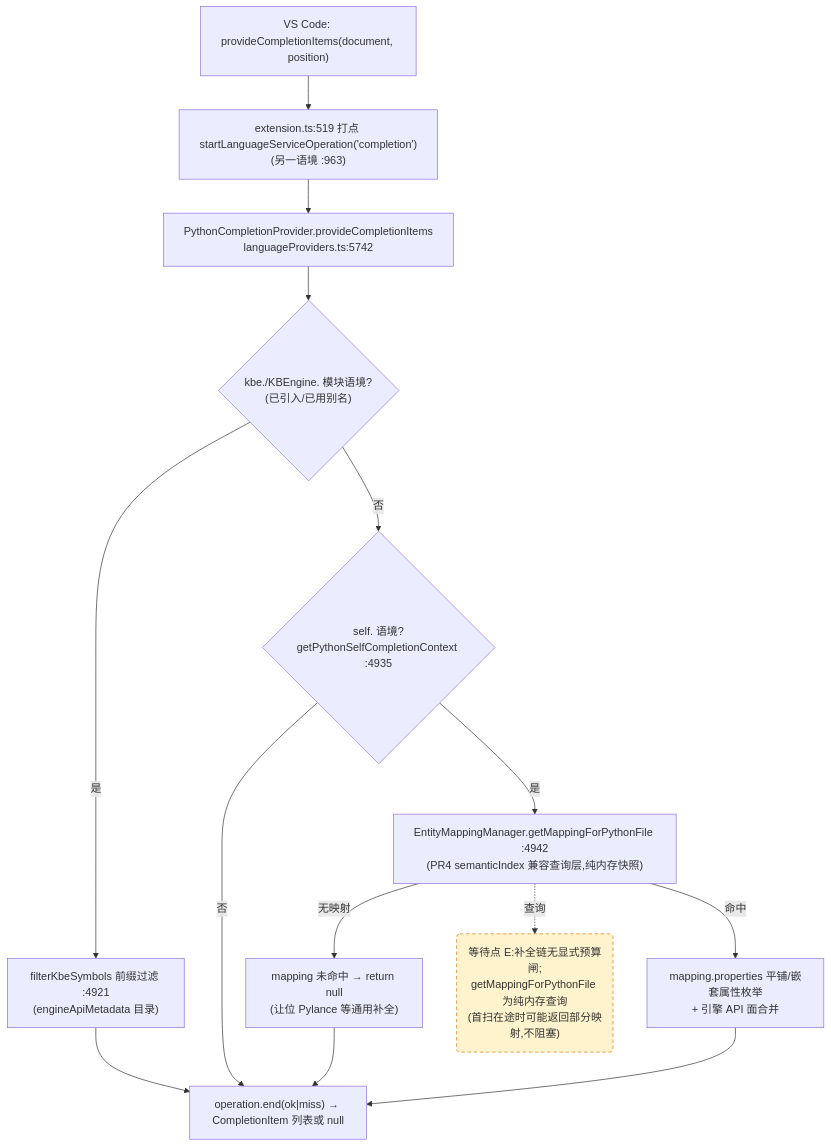
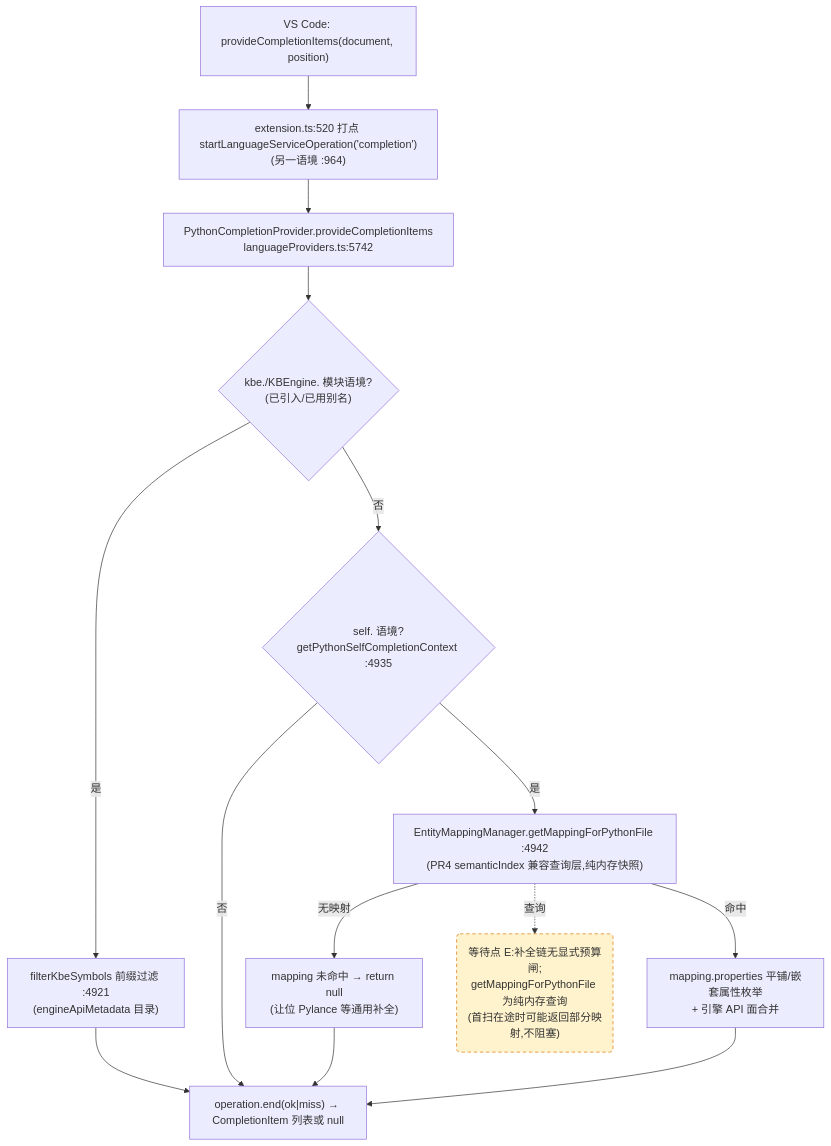
Before and after one commit to cuihairu/kode: the third of 4 diagrams in docs/perf/2026-baseline.md, drawn with Mermaid. The commit also changed other lines of this file and 12 other files, not shown here.

````diff
--- a/docs/perf/2026-baseline.md
+++ b/docs/perf/2026-baseline.md
@@ -184,27 +184,27 @@
 ```mermaid
 flowchart TD
   VC3["VS Code: provideCompletionItems(document, position)"]
-  M3["extension.ts:519 打点 startLanguageServiceOperation('completion')<br/>(另一语境 :963)"]
+  M3["extension.ts:520 打点 startLanguageServiceOperation('completion')<br/>(另一语境 :964)"]
   CP["PythonCompletionProvider.provideCompletionItems<br/>languageProviders.ts:5742"]
   KBEC{"kbe./KBEngine. 模块语境?<br/>(已引入/已用别名)"}
   FILTER["filterKbeSymbols 前缀过滤 :4921<br/>(engineApiMetadata 目录)"]
   SELFC{"self. 语境?<br/>getPythonSelfCompletionContext :4935"}
   MAP["EntityMappingManager.getMappingForPythonFile :4942<br/>(PR4 semanticIndex 兼容查询层,纯内存快照)"]
   NOMAP["mapping 未命中 → return null<br/>(让位 Pylance 等通用补全)"]
   PROPS["mapping.properties 平铺/嵌套属性枚举<br/>+ 引擎 API 面合并"]
   END3["operation.end(ok|miss) → CompletionItem 列表或 null"]
 
   VC3 --> M3 --> CP --> KBEC
   KBEC -- "是" --> FILTER --> END3
   KBEC -- "否" --> SELFC
   SELFC -- "否" --> END3
   SELFC -- "是" --> MAP
   MAP -- "无映射" --> NOMAP --> END3
   MAP -- "命中" --> PROPS --> END3
 
   WAITE("等待点 E:补全链无显式预算闸;<br/>getMappingForPythonFile 为纯内存查询<br/>(首扫在途时可能返回部分映射,不阻塞)")
   MAP -.->|查询| WAITE
 
   classDef waitPoint fill:#fff3cd,stroke:#d97706,stroke-dasharray:5 4;
   class WAITE waitPoint;
 ```
````
